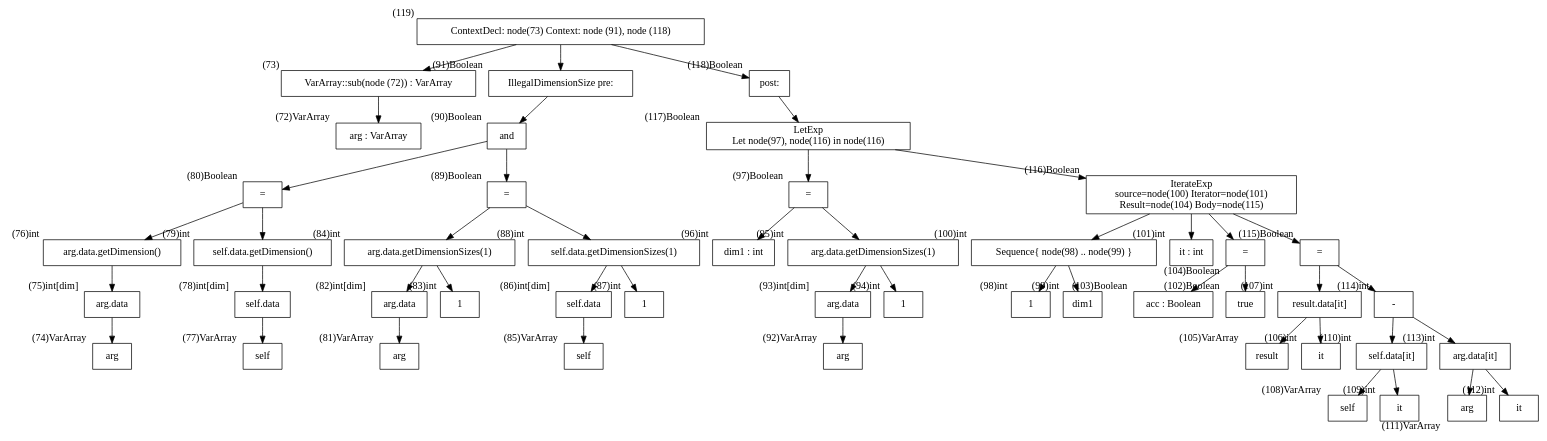
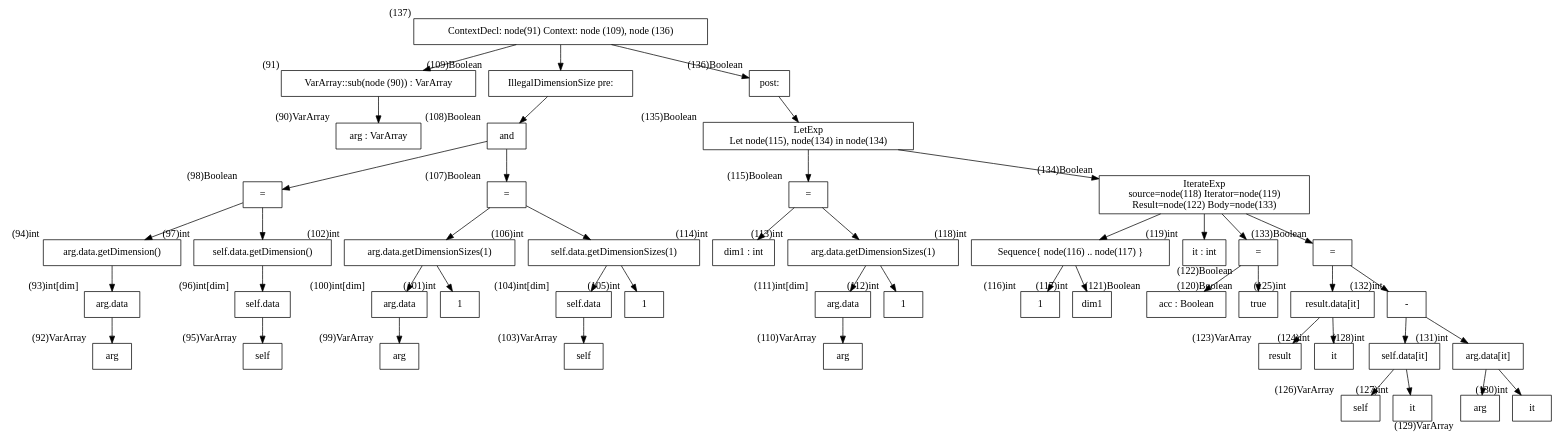
Before and after one commit to SamHseih/ocl-testcase-generator: the diagram in output/AST/StaticFixedsizeVarArrays_VarArray_sub_AST.dot, drawn with Graphviz. The commit also changed 658 other files, not shown here.

```diff
--- a/output/AST/StaticFixedsizeVarArrays_VarArray_sub_AST.dot
+++ b/output/AST/StaticFixedsizeVarArrays_VarArray_sub_AST.dot
@@ -1,101 +1,101 @@
 digraph AST {
   node [shape=box];
-  n119 [label="ContextDecl: node(73) Context: node (91), node (118)", xlabel="(119)"];
-  n119 -> n73;
-  n119 -> n91;
-  n119 -> n118;
-  n73 [label="VarArray::sub(node (72)) : VarArray", xlabel="(73)"];
-  n73 -> n72;
-  n91 [label="IllegalDimensionSize pre:", xlabel="(91)Boolean"];
+  n137 [label="ContextDecl: node(91) Context: node (109), node (136)", xlabel="(137)"];
+  n137 -> n91;
+  n137 -> n109;
+  n137 -> n136;
+  n91 [label="VarArray::sub(node (90)) : VarArray", xlabel="(91)"];
   n91 -> n90;
-  n118 [label=" post:", xlabel="(118)Boolean"];
+  n109 [label="IllegalDimensionSize pre:", xlabel="(109)Boolean"];
+  n109 -> n108;
+  n136 [label=" post:", xlabel="(136)Boolean"];
+  n136 -> n135;
+  n90 [label="arg : VarArray", xlabel="(90)VarArray"];
+  n108 [label="and", xlabel="(108)Boolean"];
+  n108 -> n98;
+  n108 -> n107;
+  n135 [label="LetExp 
+Let node(115), node(134) in node(134)", xlabel="(135)Boolean"];
+  n135 -> n115;
+  n135 -> n134;
+  n98 [label="=", xlabel="(98)Boolean"];
+  n98 -> n94;
+  n98 -> n97;
+  n107 [label="=", xlabel="(107)Boolean"];
+  n107 -> n102;
+  n107 -> n106;
+  n115 [label="=", xlabel="(115)Boolean"];
+  n115 -> n114;
+  n115 -> n113;
+  n134 [label="IterateExp
+source=node(118) Iterator=node(119)
+Result=node(122) Body=node(133)", xlabel="(134)Boolean"];
+  n134 -> n118;
+  n134 -> n119;
+  n134 -> n122;
+  n134 -> n133;
+  n94 [label="arg.data.getDimension()", xlabel="(94)int"];
+  n94 -> n93;
+  n97 [label="self.data.getDimension()", xlabel="(97)int"];
+  n97 -> n96;
+  n102 [label="arg.data.getDimensionSizes(1)", xlabel="(102)int"];
+  n102 -> n100;
+  n102 -> n101;
+  n106 [label="self.data.getDimensionSizes(1)", xlabel="(106)int"];
+  n106 -> n104;
+  n106 -> n105;
+  n114 [label="dim1 : int", xlabel="(114)int"];
+  n113 [label="arg.data.getDimensionSizes(1)", xlabel="(113)int"];
+  n113 -> n111;
+  n113 -> n112;
+  n118 [label="Sequence{ node(116) .. node(117) }", xlabel="(118)int"];
+  n118 -> n116;
   n118 -> n117;
-  n72 [label="arg : VarArray", xlabel="(72)VarArray"];
-  n90 [label="and", xlabel="(90)Boolean"];
-  n90 -> n80;
-  n90 -> n89;
-  n117 [label="LetExp 
-Let node(97), node(116) in node(116)", xlabel="(117)Boolean"];
-  n117 -> n97;
-  n117 -> n116;
-  n80 [label="=", xlabel="(80)Boolean"];
-  n80 -> n76;
-  n80 -> n79;
-  n89 [label="=", xlabel="(89)Boolean"];
-  n89 -> n84;
-  n89 -> n88;
-  n97 [label="=", xlabel="(97)Boolean"];
-  n97 -> n96;
-  n97 -> n95;
-  n116 [label="IterateExp
-source=node(100) Iterator=node(101)
-Result=node(104) Body=node(115)", xlabel="(116)Boolean"];
-  n116 -> n100;
-  n116 -> n101;
-  n116 -> n104;
-  n116 -> n115;
-  n76 [label="arg.data.getDimension()", xlabel="(76)int"];
-  n76 -> n75;
-  n79 [label="self.data.getDimension()", xlabel="(79)int"];
-  n79 -> n78;
-  n84 [label="arg.data.getDimensionSizes(1)", xlabel="(84)int"];
-  n84 -> n82;
-  n84 -> n83;
-  n88 [label="self.data.getDimensionSizes(1)", xlabel="(88)int"];
-  n88 -> n86;
-  n88 -> n87;
-  n96 [label="dim1 : int", xlabel="(96)int"];
-  n95 [label="arg.data.getDimensionSizes(1)", xlabel="(95)int"];
-  n95 -> n93;
-  n95 -> n94;
-  n100 [label="Sequence{ node(98) .. node(99) }", xlabel="(100)int"];
-  n100 -> n98;
-  n100 -> n99;
-  n101 [label="it : int", xlabel="(101)int"];
-  n104 [label="=", xlabel="(104)Boolean"];
-  n104 -> n103;
-  n104 -> n102;
-  n115 [label="=", xlabel="(115)Boolean"];
-  n115 -> n107;
-  n115 -> n114;
-  n75 [label="arg.data", xlabel="(75)int[dim]"];
-  n75 -> n74;
-  n78 [label="self.data", xlabel="(78)int[dim]"];
-  n78 -> n77;
-  n82 [label="arg.data", xlabel="(82)int[dim]"];
-  n82 -> n81;
-  n83 [label="1", xlabel="(83)int"];
-  n86 [label="self.data", xlabel="(86)int[dim]"];
-  n86 -> n85;
-  n87 [label="1", xlabel="(87)int"];
+  n119 [label="it : int", xlabel="(119)int"];
+  n122 [label="=", xlabel="(122)Boolean"];
+  n122 -> n121;
+  n122 -> n120;
+  n133 [label="=", xlabel="(133)Boolean"];
+  n133 -> n125;
+  n133 -> n132;
   n93 [label="arg.data", xlabel="(93)int[dim]"];
   n93 -> n92;
-  n94 [label="1", xlabel="(94)int"];
-  n98 [label="1", xlabel="(98)int"];
-  n99 [label="dim1", xlabel="(99)int"];
-  n103 [label="acc : Boolean", xlabel="(103)Boolean"];
-  n102 [label="true", xlabel="(102)Boolean"];
-  n107 [label="result.data[it]", xlabel="(107)int"];
-  n107 -> n105;
-  n107 -> n106;
-  n114 [label="-", xlabel="(114)int"];
-  n114 -> n110;
-  n114 -> n113;
-  n74 [label="arg", xlabel="(74)VarArray"];
-  n77 [label="self", xlabel="(77)VarArray"];
-  n81 [label="arg", xlabel="(81)VarArray"];
-  n85 [label="self", xlabel="(85)VarArray"];
+  n96 [label="self.data", xlabel="(96)int[dim]"];
+  n96 -> n95;
+  n100 [label="arg.data", xlabel="(100)int[dim]"];
+  n100 -> n99;
+  n101 [label="1", xlabel="(101)int"];
+  n104 [label="self.data", xlabel="(104)int[dim]"];
+  n104 -> n103;
+  n105 [label="1", xlabel="(105)int"];
+  n111 [label="arg.data", xlabel="(111)int[dim]"];
+  n111 -> n110;
+  n112 [label="1", xlabel="(112)int"];
+  n116 [label="1", xlabel="(116)int"];
+  n117 [label="dim1", xlabel="(117)int"];
+  n121 [label="acc : Boolean", xlabel="(121)Boolean"];
+  n120 [label="true", xlabel="(120)Boolean"];
+  n125 [label="result.data[it]", xlabel="(125)int"];
+  n125 -> n123;
+  n125 -> n124;
+  n132 [label="-", xlabel="(132)int"];
+  n132 -> n128;
+  n132 -> n131;
   n92 [label="arg", xlabel="(92)VarArray"];
-  n105 [label="result", xlabel="(105)VarArray"];
-  n106 [label="it", xlabel="(106)int"];
-  n110 [label="self.data[it]", xlabel="(110)int"];
-  n110 -> n108;
-  n110 -> n109;
-  n113 [label="arg.data[it]", xlabel="(113)int"];
-  n113 -> n111;
-  n113 -> n112;
-  n108 [label="self", xlabel="(108)VarArray"];
-  n109 [label="it", xlabel="(109)int"];
-  n111 [label="arg", xlabel="(111)VarArray"];
-  n112 [label="it", xlabel="(112)int"];
+  n95 [label="self", xlabel="(95)VarArray"];
+  n99 [label="arg", xlabel="(99)VarArray"];
+  n103 [label="self", xlabel="(103)VarArray"];
+  n110 [label="arg", xlabel="(110)VarArray"];
+  n123 [label="result", xlabel="(123)VarArray"];
+  n124 [label="it", xlabel="(124)int"];
+  n128 [label="self.data[it]", xlabel="(128)int"];
+  n128 -> n126;
+  n128 -> n127;
+  n131 [label="arg.data[it]", xlabel="(131)int"];
+  n131 -> n129;
+  n131 -> n130;
+  n126 [label="self", xlabel="(126)VarArray"];
+  n127 [label="it", xlabel="(127)int"];
+  n129 [label="arg", xlabel="(129)VarArray"];
+  n130 [label="it", xlabel="(130)int"];
 }
```
